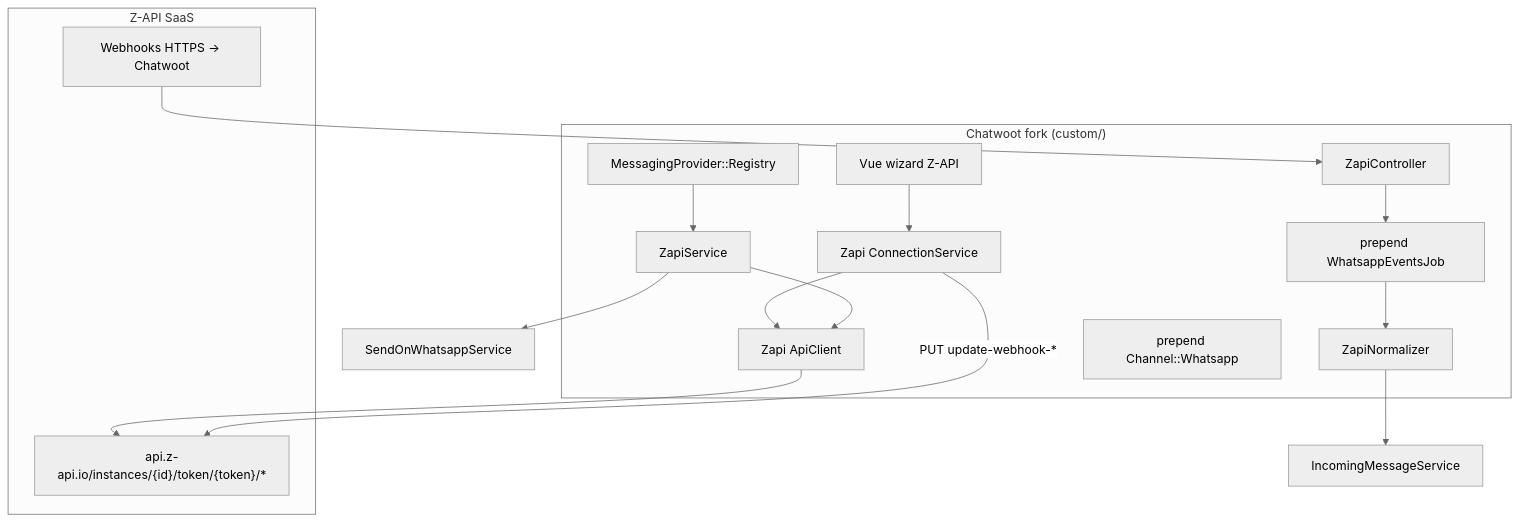
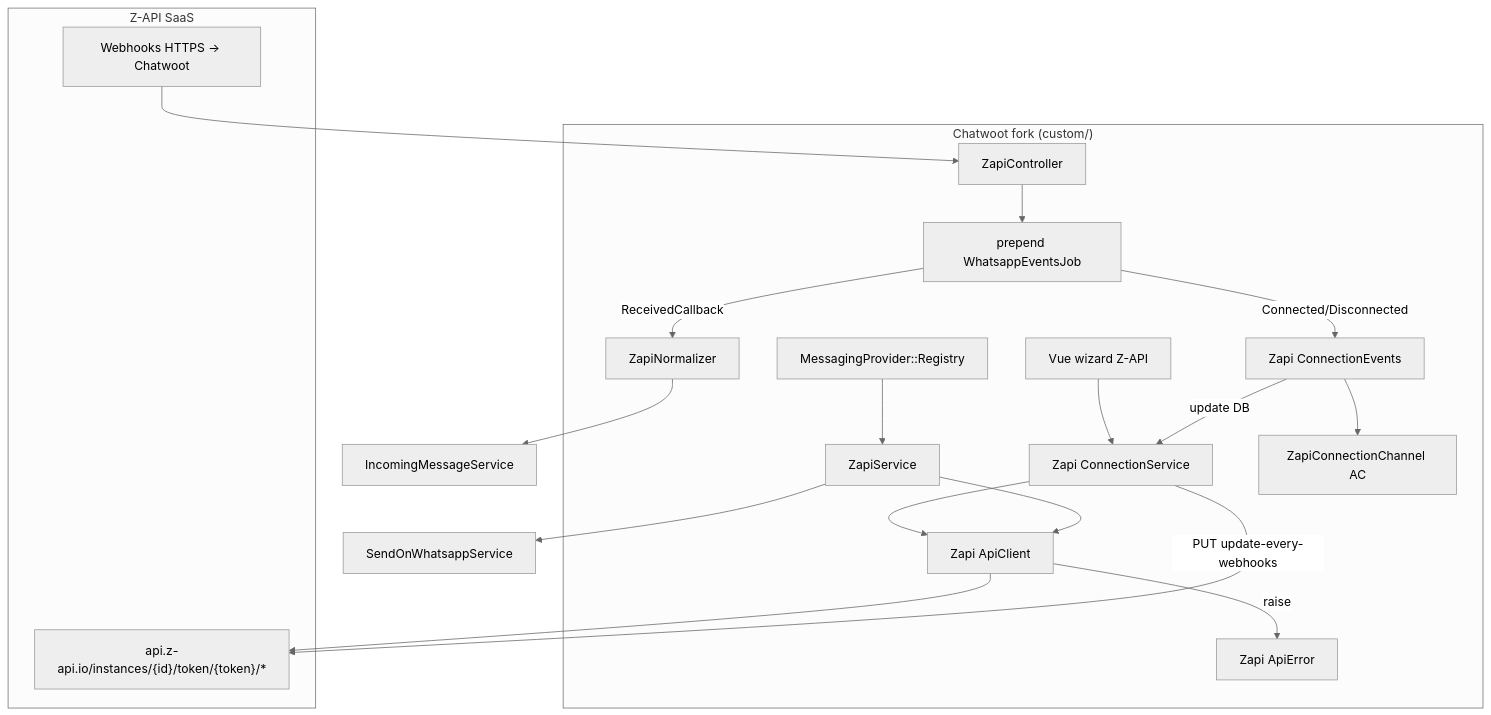
The diagram in doc/feature/whatsapp-provider/z-api/implementation-plan.md (cesar-carlos/chatwoot), drawn with Mermaid (neutral theme) before and after one commit. The commit also changed other lines of this file and 32 other files, not shown here.

````diff
--- a/doc/feature/whatsapp-provider/z-api/implementation-plan.md
+++ b/doc/feature/whatsapp-provider/z-api/implementation-plan.md
@@ -13,26 +13,32 @@
 ```mermaid
 flowchart TB
   subgraph chatwoot_fork["Chatwoot fork (custom/)"]
     WIZ[Vue wizard Z-API]
     ZS[ZapiService]
     CS[Zapi ConnectionService]
+    CE[Zapi ConnectionEvents]
     AC[Zapi ApiClient]
+    AE[Zapi ApiError]
     NORM[ZapiNormalizer]
     REG[MessagingProvider::Registry]
     CTRL[ZapiController]
-    PRE1[prepend Channel::Whatsapp]
-    PRE2[prepend WhatsappEventsJob]
+    CH[ZapiConnectionChannel AC]
+    PRE[prepend WhatsappEventsJob]
   end
 
   subgraph zapi_saas["Z-API SaaS"]
-  REST["api.z-api.io/instances/{id}/token/{token}/*"]
-  WH["Webhooks HTTPS → Chatwoot"]
+    REST["api.z-api.io/instances/{id}/token/{token}/*"]
+    WH["Webhooks HTTPS → Chatwoot"]
   end
 
   WIZ --> CS
   CS --> AC --> REST
-  CS -->|PUT update-webhook-*| REST
+  CS -->|PUT update-every-webhooks| REST
   REG --> ZS --> AC
-  WH --> CTRL --> PRE2 --> NORM --> IncomingMessageService
+  AC -->|raise| AE
+  WH --> CTRL --> PRE
+  PRE -->|ReceivedCallback| NORM --> IncomingMessageService
+  PRE -->|Connected/Disconnected| CE --> CH
+  CE -->|update DB| CS
   ZS --> SendOnWhatsappService
 ```
````
